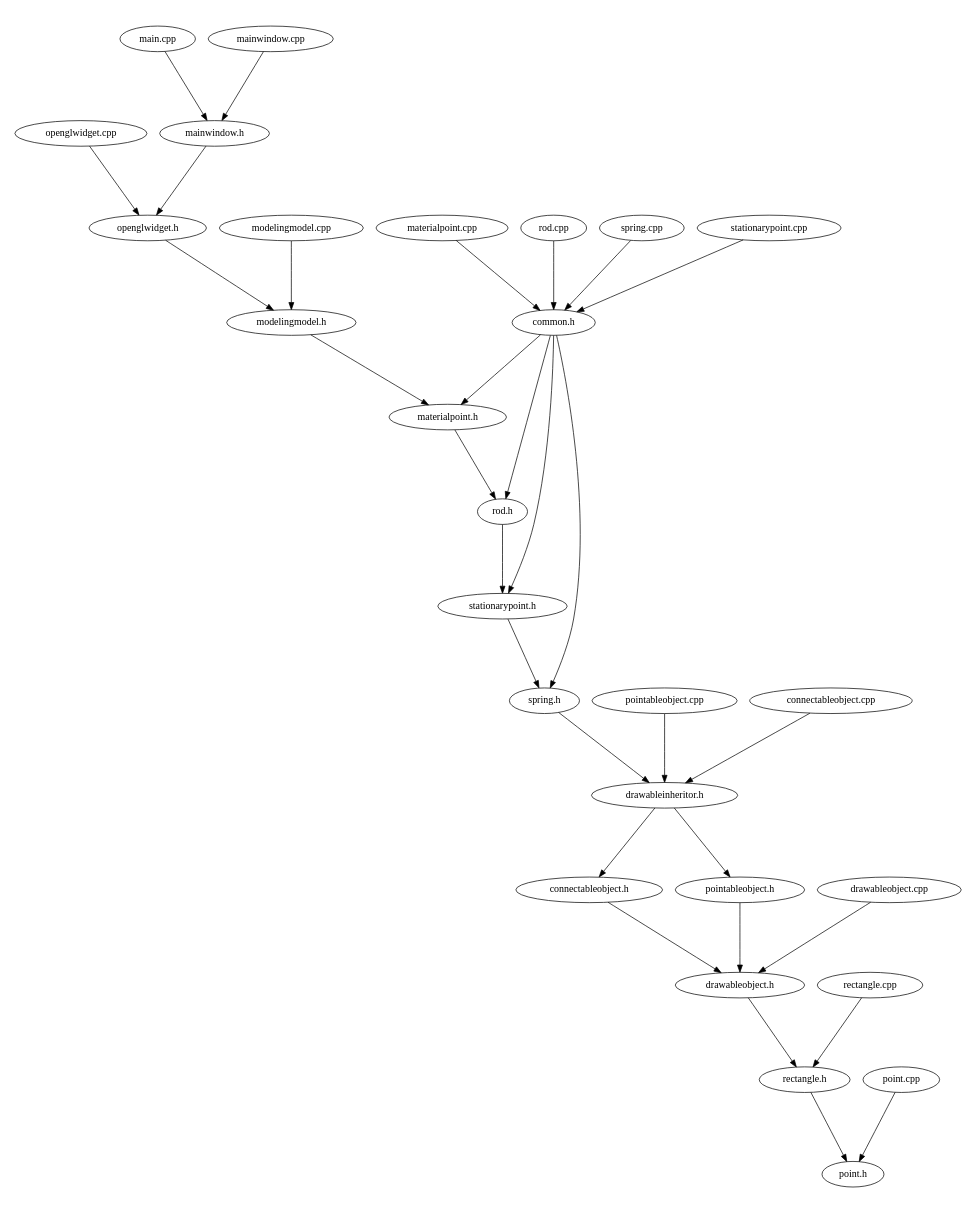
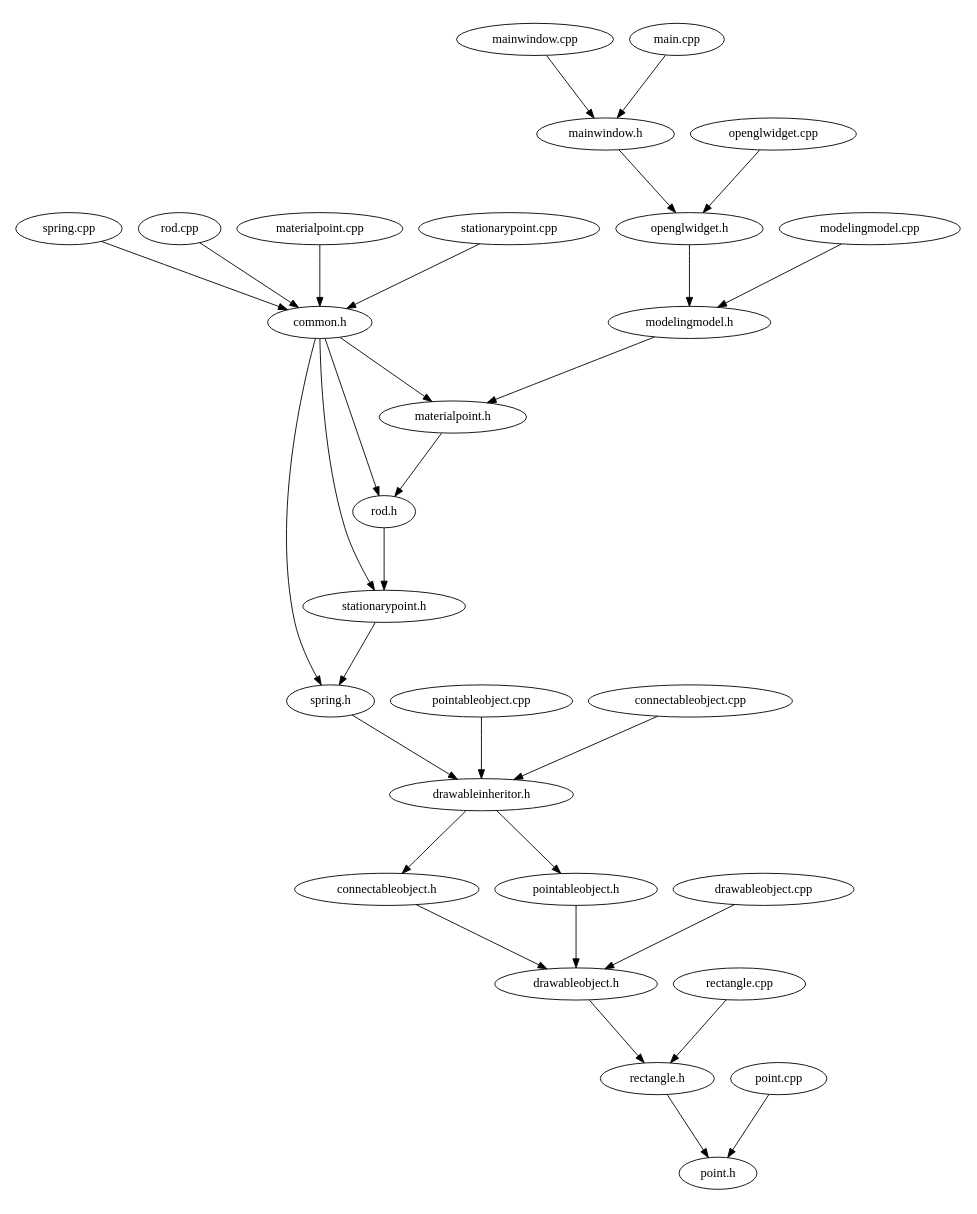
One commit to wuzzapcom/Modeling changed the diagram in source.dot. Above: the diagram before and after it, drawn with Graphviz. The commit also changed other lines of this file and 4 other files, not shown here.

Commit message:
Finished connecting spring to material point

```diff
--- a/source.dot
+++ b/source.dot
@@ -1,38 +1,38 @@
 digraph "source tree" {
     overlap=scale;
     size="8,10";
     ratio="fill";
     fontsize="16";
     fontname="Helvetica";
 	clusterrank="local";
 	"materialpoint.cpp" -> "common.h"
 	"openglwidget.h" -> "modelingmodel.h"
+	"mainwindow.cpp" -> "mainwindow.h"
+	"stationarypoint.cpp" -> "common.h"
+	"spring.h" -> "drawableinheritor.h"
+	"drawableinheritor.h" -> "pointableobject.h"
+	"drawableinheritor.h" -> "connectableobject.h"
+	"pointableobject.cpp" -> "drawableinheritor.h"
 	"drawableobject.h" -> "rectangle.h"
+	"materialpoint.h" -> "rod.h"
+	"common.h" -> "materialpoint.h"
 	"modelingmodel.cpp" -> "modelingmodel.h"
+	"main.cpp" -> "mainwindow.h"
+	"pointableobject.h" -> "drawableobject.h"
+	"spring.cpp" -> "common.h"
 	"point.cpp" -> "point.h"
+	"connectableobject.cpp" -> "drawableinheritor.h"
 	"modelingmodel.h" -> "materialpoint.h"
+	"mainwindow.h" -> "openglwidget.h"
 	"rod.h" -> "stationarypoint.h"
-	"rod.cpp" -> "common.h"
-	"spring.cpp" -> "common.h"
-	"drawableinheritor.h" -> "connectableobject.h"
+	"common.h" -> "stationarypoint.h"
+	"stationarypoint.h" -> "spring.h"
+	"drawableobject.cpp" -> "drawableobject.h"
 	"rectangle.cpp" -> "rectangle.h"
 	"openglwidget.cpp" -> "openglwidget.h"
-	"stationarypoint.cpp" -> "common.h"
-	"spring.h" -> "drawableinheritor.h"
-	"pointableobject.cpp" -> "drawableinheritor.h"
-	"drawableobject.cpp" -> "drawableobject.h"
+	"common.h" -> "spring.h"
+	"rectangle.h" -> "point.h"
 	"common.h" -> "rod.h"
-	"stationarypoint.h" -> "spring.h"
-	"main.cpp" -> "mainwindow.h"
-	"materialpoint.h" -> "rod.h"
-	"connectableobject.cpp" -> "drawableinheritor.h"
 	"connectableobject.h" -> "drawableobject.h"
-	"rectangle.h" -> "point.h"
-	"mainwindow.h" -> "openglwidget.h"
-	"common.h" -> "materialpoint.h"
-	"pointableobject.h" -> "drawableobject.h"
-	"common.h" -> "stationarypoint.h"
-	"mainwindow.cpp" -> "mainwindow.h"
-	"drawableinheritor.h" -> "pointableobject.h"
-	"common.h" -> "spring.h"
+	"rod.cpp" -> "common.h"
 }
```
